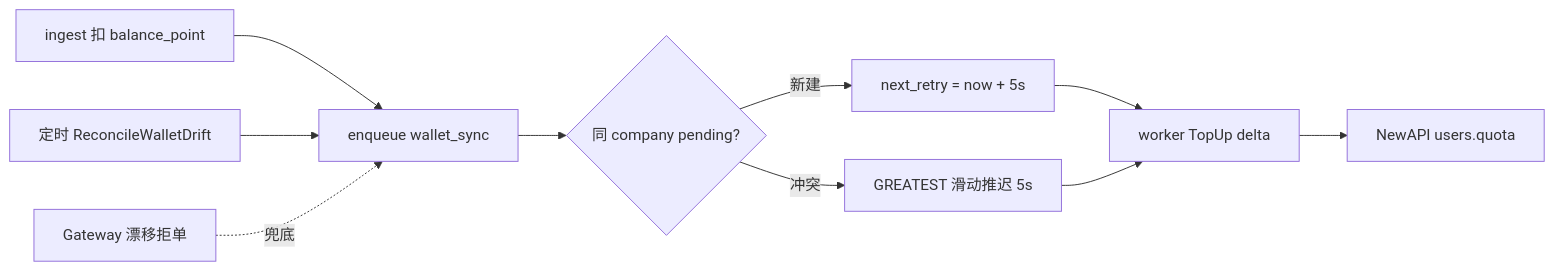
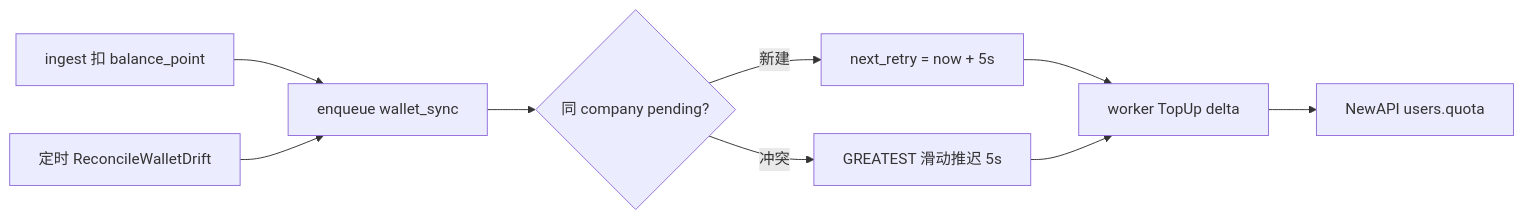
Before and after one commit to quyip8818/mytokenjoy: the sixth of 7 diagrams in docs/Backend-计费模式.md, drawn with Mermaid. The commit also changed other lines of this file and 40 other files, not shown here.

````diff
--- a/docs/Backend-计费模式.md
+++ b/docs/Backend-计费模式.md
@@ -270,12 +268,11 @@
 ```mermaid
 flowchart LR
     ING[ingest 扣 balance_point] --> Q[enqueue wallet_sync]
     Q --> D{同 company pending?}
     D -->|新建| T[next_retry = now + 5s]
     D -->|冲突| S[GREATEST 滑动推迟 5s]
     T --> W[worker TopUp delta]
     S --> W
     W --> NA[NewAPI users.quota]
     RC[定时 ReconcileWalletDrift] --> Q
-    GW[Gateway 漂移拒单] -.->|兜底| Q
 ```
````
